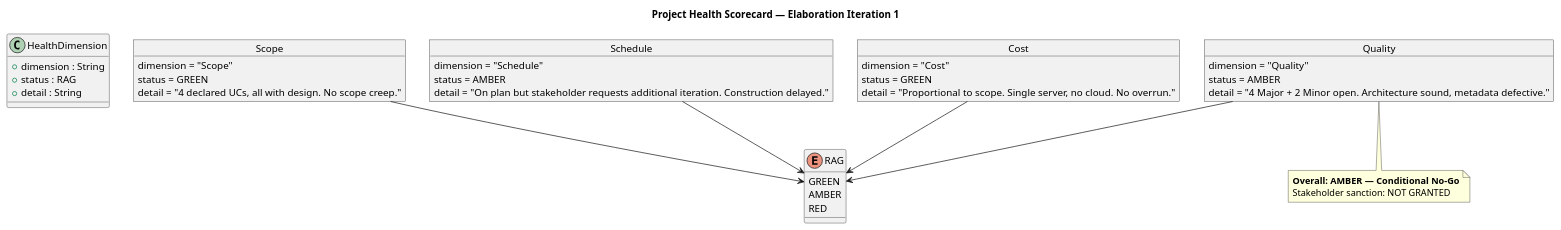
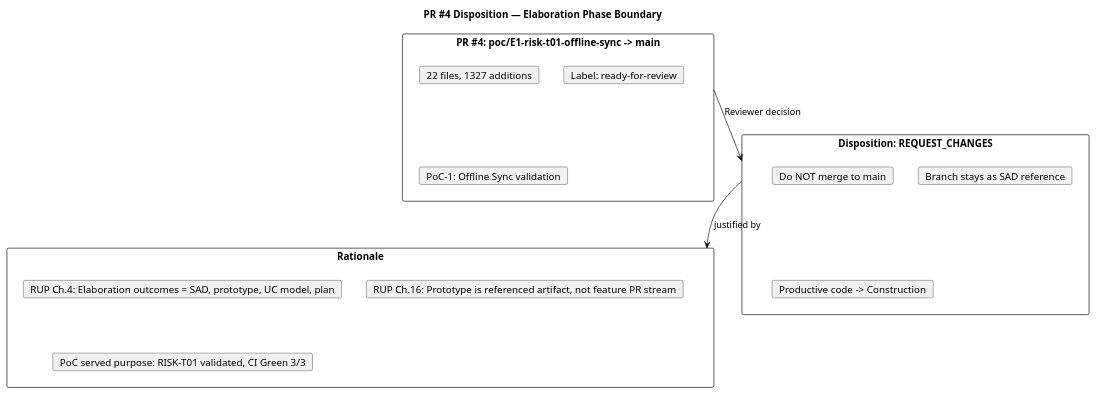
Before and after one commit to banense-test/demo-janke-lab: the third of 3 diagrams in docs/artifacts/project-management/review-record.md, drawn with PlantUML. The commit also changed other lines of this file, not shown here.

First line of the commit message:
Reviewer [E2]: upsert Review Record

````diff
--- a/docs/artifacts/project-management/review-record.md
+++ b/docs/artifacts/project-management/review-record.md
@@ -419,51 +290,27 @@
 ```plantuml
 @startuml
-title Project Health Scorecard — Elaboration Iteration 1
+title PR #4 Disposition — Elaboration Phase Boundary
 
-class HealthDimension {
-  + dimension : String
-  + status : RAG
-  + detail : String
+rectangle "PR #4: poc/E1-risk-t01-offline-sync -> main" as PR {
+  card "22 files, 1327 additions" as SIZE
+  card "Label: ready-for-review" as LABEL
+  card "PoC-1: Offline Sync validation" as PURPOSE
 }
 
-enum RAG {
-  GREEN
-  AMBER
-  RED
+rectangle "Disposition: REQUEST_CHANGES" as DISP {
+  card "Do NOT merge to main" as ACTION
+  card "Branch stays as SAD reference" as KEEP
+  card "Productive code -> Construction" as RULE
 }
 
-object "Scope" as SCOPE {
-  dimension = "Scope"
-  status = GREEN
-  detail = "4 declared UCs, all with design. No scope creep."
+rectangle "Rationale" as RATIONALE {
+  card "RUP Ch.4: Elaboration outcomes = SAD, prototype, UC model, plan" as CH4
+  card "RUP Ch.16: Prototype is referenced artifact, not feature PR stream" as CH16
+  card "PoC served purpose: RISK-T01 validated, CI Green 3/3" as SERVED
 }
 
-object "Schedule" as SCHED {
-  dimension = "Schedule"
-  status = AMBER
-  detail = "On plan but stakeholder requests additional iteration. Construction delayed."
-}
+PR --> DISP : Reviewer decision
+DISP --> RATIONALE : justified by
 
-object "Cost" as COST {
-  dimension = "Cost"
-  status = GREEN
-  detail = "Proportional to scope. Single server, no cloud. No overrun."
-}
-
-object "Quality" as QUAL {
-  dimension = "Quality"
-  status = AMBER
-  detail = "4 Major + 2 Minor open. Architecture sound, metadata defective."
-}
-
-SCOPE --> RAG
-SCHED --> RAG
-COST --> RAG
-QUAL --> RAG
-
-note bottom of QUAL
-  **Overall: AMBER — Conditional No-Go**
-  Stakeholder sanction: NOT GRANTED
-end note
 @enduml
 ```
````
